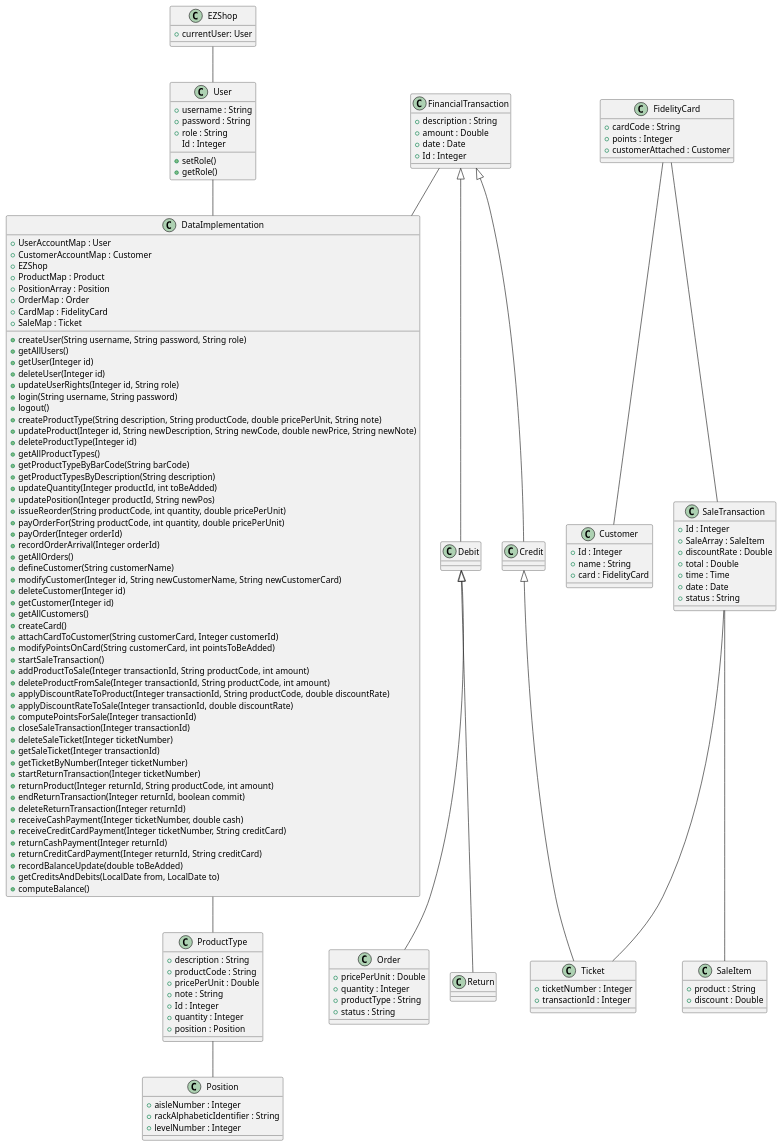
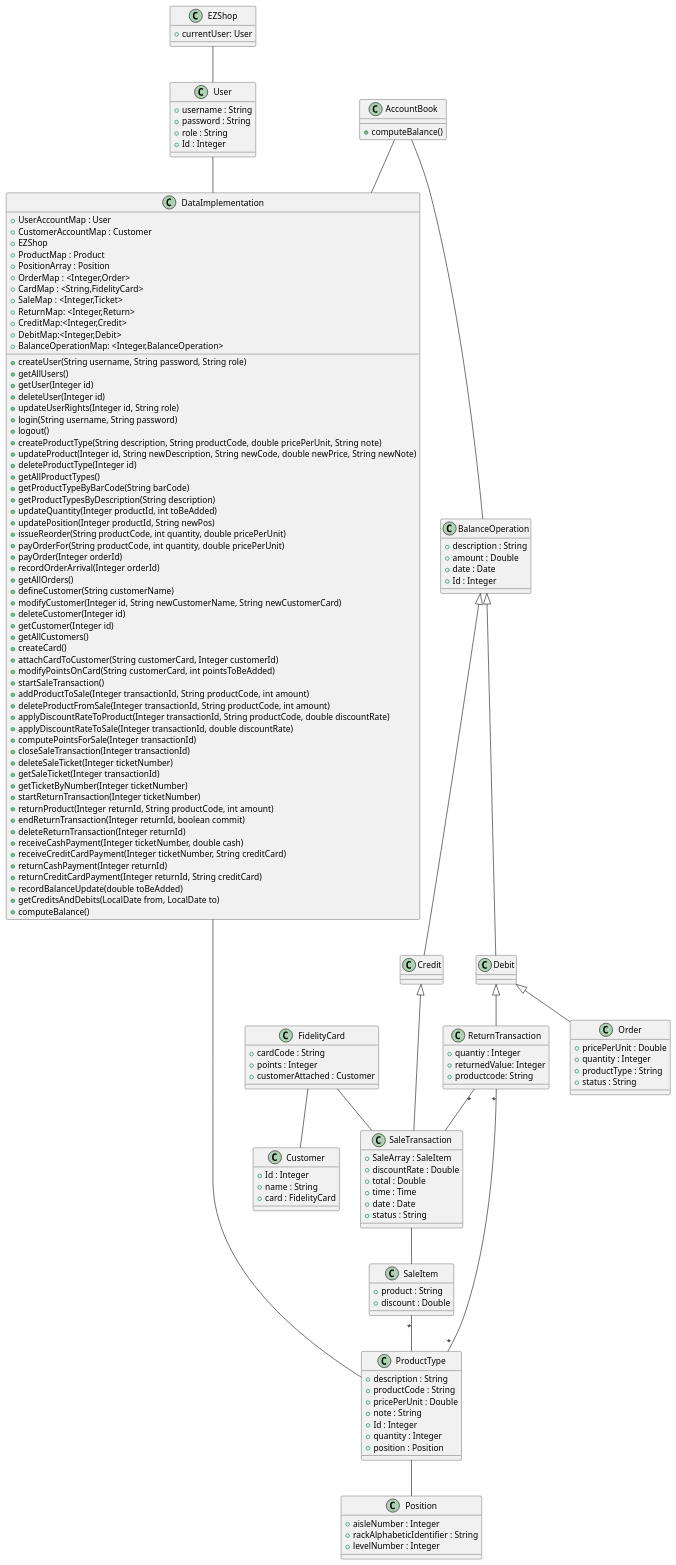
One commit to djemar/softeng_ezshop changed the second of 6 diagrams in Deliverables/DesignDocument.md. Above: the diagram before and after it, drawn with PlantUML. The commit also changed other lines of this file, not shown here.

Commit message:
Update Design Document Co-authored-by: elitedde <elitedde@users.noreply.github.com> Co-authored-by: die19_96@hotmail.it <die19_96@hotmail.it>

````diff
--- a/Deliverables/DesignDocument.md
+++ b/Deliverables/DesignDocument.md
@@ -45,29 +45,34 @@
 
 class EZShop{
     +currentUser: User
+
 }
 class User{
     +username : String
     +password : String
     +role : String
-    Id : Integer
-    +setRole()
-    +getRole()
+    +Id : Integer
 }
+
+
 class DataImplementation{
     +UserAccountMap : User
     +CustomerAccountMap : Customer
     +EZShop
     +ProductMap : Product
     +PositionArray : Position
-    +OrderMap : Order
-    +CardMap : FidelityCard
-    +SaleMap : Ticket
+    +OrderMap : <Integer,Order>
+    +CardMap : <String,FidelityCard>
+    +SaleMap : <Integer,Ticket>
+    +ReturnMap: <Integer,Return>
+    +CreditMap:<Integer,Credit>
+    +DebitMap:<Integer,Debit>
+    +BalanceOperationMap: <Integer,BalanceOperation>
     +createUser(String username, String password, String role)
     +getAllUsers()
     +getUser(Integer id)
     +deleteUser(Integer id)
-    +updateUserRights(Integer id, String role) 
+    +updateUserRights(Integer id, String role)
     +login(String username, String password)
     +logout()
     +createProductType(String description, String productCode, double pricePerUnit, String note)
@@ -77,7 +82,7 @@
     +getProductTypeByBarCode(String barCode)
     +getProductTypesByDescription(String description)
     +updateQuantity(Integer productId, int toBeAdded)
-    +updatePosition(Integer productId, String newPos) 
+    +updatePosition(Integer productId, String newPos)
     +issueReorder(String productCode, int quantity, double pricePerUnit)
     +payOrderFor(String productCode, int quantity, double pricePerUnit)
     +payOrder(Integer orderId)
@@ -95,21 +100,21 @@
     +addProductToSale(Integer transactionId, String productCode, int amount)
     +deleteProductFromSale(Integer transactionId, String productCode, int amount)
     +applyDiscountRateToProduct(Integer transactionId, String productCode, double discountRate)
-    +applyDiscountRateToSale(Integer transactionId, double discountRate) 
-    +computePointsForSale(Integer transactionId) 
+    +applyDiscountRateToSale(Integer transactionId, double discountRate)
+    +computePointsForSale(Integer transactionId)
     +closeSaleTransaction(Integer transactionId)
-    +deleteSaleTicket(Integer ticketNumber) 
+    +deleteSaleTicket(Integer ticketNumber)
     +getSaleTicket(Integer transactionId)
-    +getTicketByNumber(Integer ticketNumber) 
+    +getTicketByNumber(Integer ticketNumber)
     +startReturnTransaction(Integer ticketNumber)
     +returnProduct(Integer returnId, String productCode, int amount)
-    +endReturnTransaction(Integer returnId, boolean commit) 
+    +endReturnTransaction(Integer returnId, boolean commit)
     +deleteReturnTransaction(Integer returnId)
     +receiveCashPayment(Integer ticketNumber, double cash)
     +receiveCreditCardPayment(Integer ticketNumber, String creditCard)
     +returnCashPayment(Integer returnId)
     +returnCreditCardPayment(Integer returnId, String creditCard)
-    +recordBalanceUpdate(double toBeAdded) 
+    +recordBalanceUpdate(double toBeAdded)
     +getCreditsAndDebits(LocalDate from, LocalDate to)
     +computeBalance()
 }
@@ -141,23 +146,17 @@
     +pricePerUnit : Double
     +quantity : Integer
     +productType : String
-    +status : String 
+    +status : String
 }
-class Return{
 
-}
 class Debit{
 
 }
 class Credit{
 
 }
-class Ticket{
-    +ticketNumber : Integer
-    +transactionId : Integer
-}
+
 class SaleTransaction{
-    +Id : Integer
     +SaleArray : SaleItem
     +discountRate : Double
     +total : Double
@@ -169,13 +168,26 @@
     +product : String
     +discount : Double
 }
-class FinancialTransaction{
+class BalanceOperation{
     +description : String
     +amount : Double
     +date : Date
     +Id : Integer
+}
+
+class ReturnTransaction{
+    +quantiy : Integer
+    +returnedValue: Integer
+    +productcode: String
+}
+
+class AccountBook{
+    
+    +computeBalance()
 
 }
+
+ReturnTransaction "*" -- SaleTransaction
 EZShop -- User
 User -- DataImplementation
 DataImplementation -- ProductType
@@ -183,12 +195,14 @@
 FidelityCard -- Customer
 FidelityCard -- SaleTransaction
 SaleTransaction-- SaleItem
-FinancialTransaction -- DataImplementation
-SaleTransaction -- Ticket
-Credit <|-- Ticket
-FinancialTransaction <|-- Credit
-Debit <|-- Return
+AccountBook -- DataImplementation
+BalanceOperation <|-- Credit
+Debit <|-- ReturnTransaction
 Debit <|-- Order
-FinancialTransaction <|-- Debit
+BalanceOperation <|-- Debit
+AccountBook -- BalanceOperation
+Credit <|-- SaleTransaction
+SaleItem "*" --   ProductType
+ReturnTransaction "*"  --"*" ProductType
 
 ```
````
